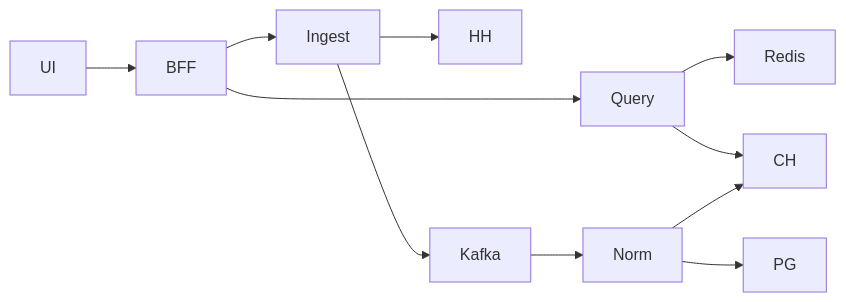
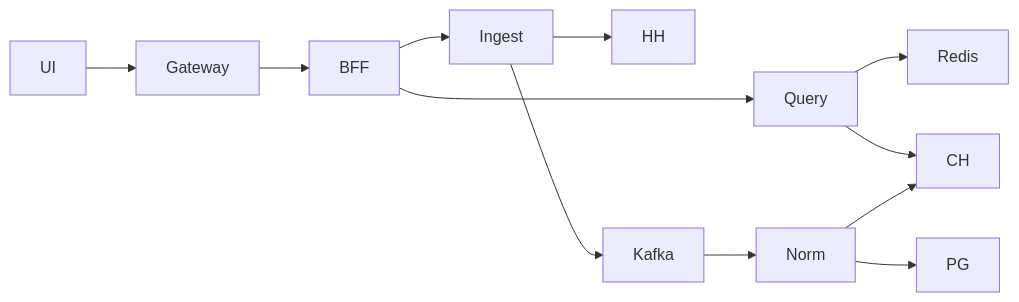
One commit to Chuchoss/it-labor-pulse changed the diagram in docs/architecture/11-observability-security.md. Above: the diagram before and after it, drawn with Mermaid. The commit also changed other lines of this file and 38 other files, not shown here.

First line of the commit message:
feat(gateway): add edge API gateway in front of BFF

````diff
--- a/docs/architecture/11-observability-security.md
+++ b/docs/architecture/11-observability-security.md
@@ -61,13 +65,14 @@
 ```mermaid
 flowchart LR
-  UI --> BFF
+  UI --> Gateway
+  Gateway --> BFF
   BFF --> Query
   Query --> Redis
   Query --> CH
   BFF --> Ingest
   Ingest --> HH
   Ingest --> Kafka
   Kafka --> Norm
   Norm --> PG
   Norm --> CH
 ```
````
